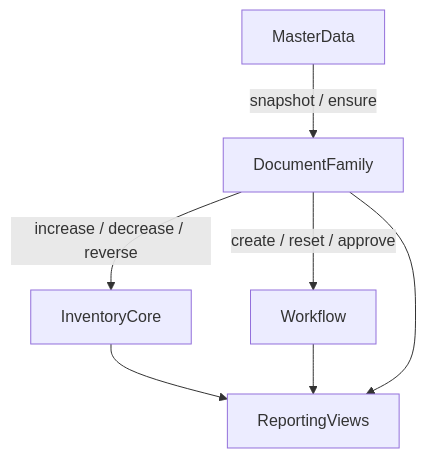
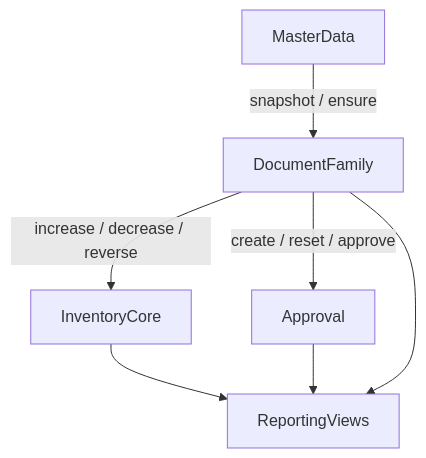
The diagram in docs/architecture/20-wms-database-tables-and-schema.md (Cupcc/saifute-wsm-server), drawn with Mermaid before and after one commit. The commit also changed other lines of this file and 818 other files, not shown here.

````diff
--- a/docs/architecture/20-wms-database-tables-and-schema.md
+++ b/docs/architecture/20-wms-database-tables-and-schema.md
@@ -67,15 +67,15 @@
 ```mermaid
 flowchart TD
     masterData[MasterData]
     documentFamily[DocumentFamily]
     inventoryCore[InventoryCore]
-    workflow[Workflow]
+    approval[Approval]
     reporting[ReportingViews]
 
     masterData -->|"snapshot / ensure"| documentFamily
     documentFamily -->|"increase / decrease / reverse"| inventoryCore
-    documentFamily -->|"create / reset / approve"| workflow
+    documentFamily -->|"create / reset / approve"| approval
     inventoryCore --> reporting
-    workflow --> reporting
+    approval --> reporting
     documentFamily --> reporting
 ```
````
